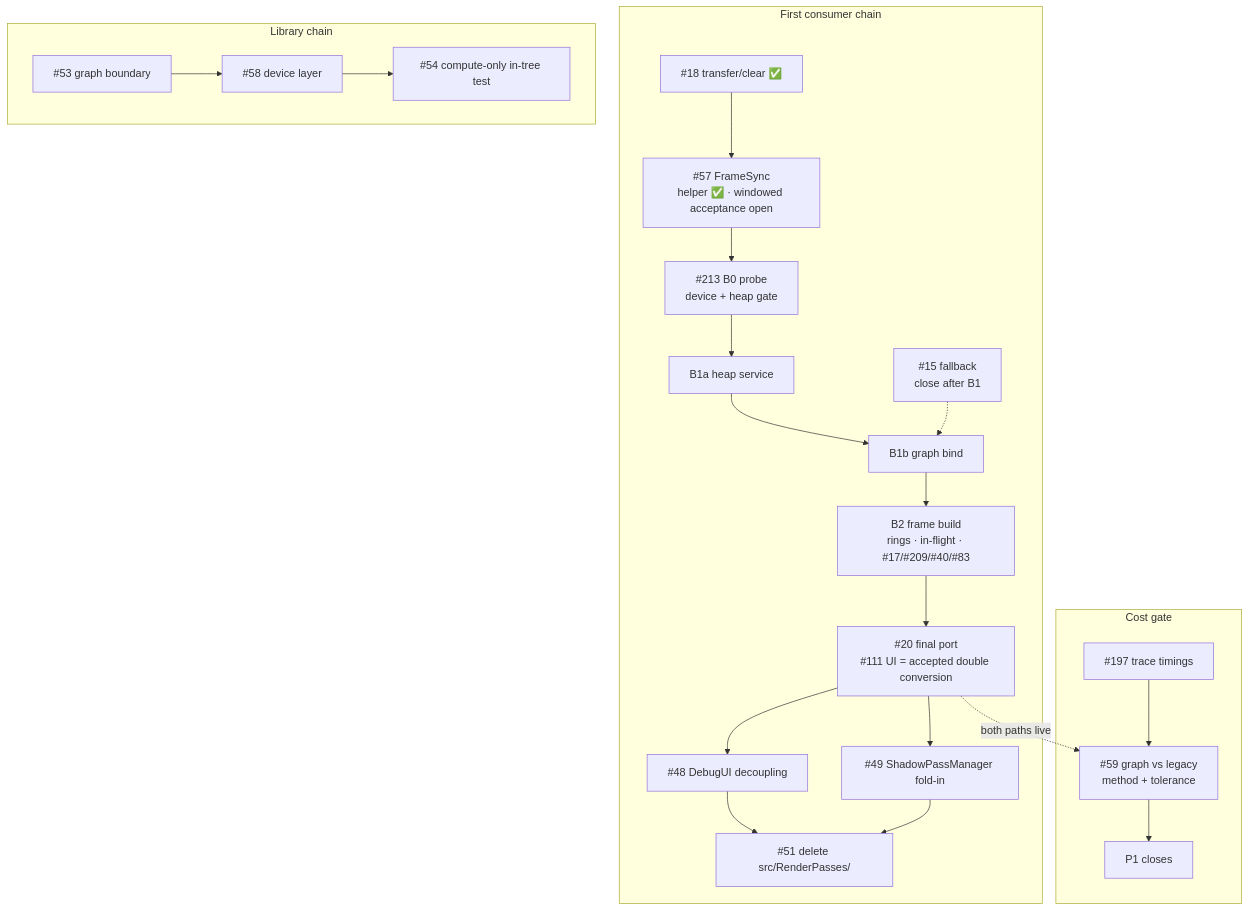
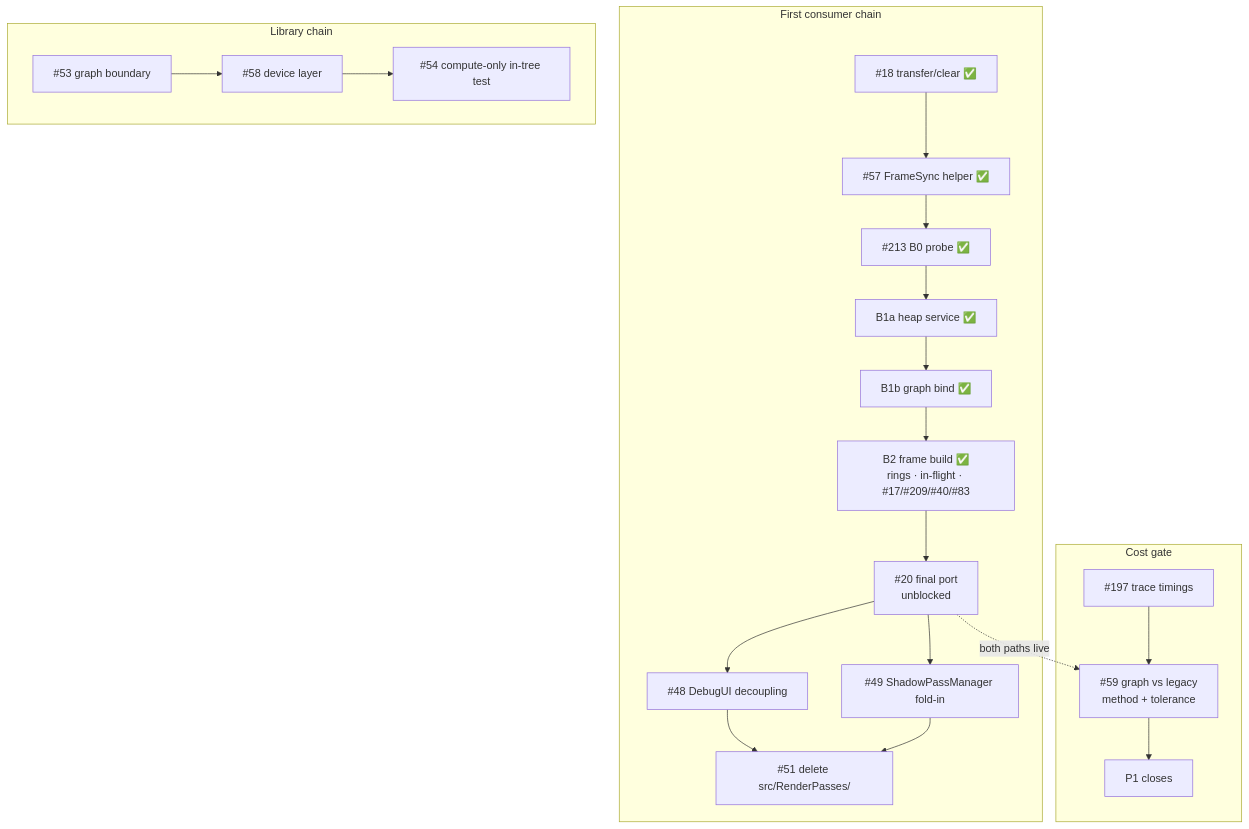
The second of 4 diagrams in docs/Roadmap-Visual.md (v3c70r/Muyo), drawn with Mermaid before and after one commit. The commit also changed other lines of this file and 3 other files, not shown here.

First line of the commit message:
docs: reconcile the roadmaps and board after B2 (#255)

````diff
--- a/docs/Roadmap-Visual.md
+++ b/docs/Roadmap-Visual.md
@@ -56,29 +61,28 @@
 ```mermaid
 flowchart TB
     subgraph consumer["First consumer chain"]
         C18["#18 transfer/clear ✅"]
-        C57["#57 FrameSync<br/>helper ✅ · windowed acceptance open"]
-        B213["#213 B0 probe<br/>device + heap gate"]
-        B1A["B1a heap service"]
-        B1B["B1b graph bind"]
-        B2["B2 frame build<br/>rings · in-flight · #17/#209/#40/#83"]
-        C20["#20 final port<br/>#111 UI = accepted double conversion"]
+        C57["#57 FrameSync helper ✅"]
+        B213["#213 B0 probe ✅"]
+        B1A["B1a heap service ✅"]
+        B1B["B1b graph bind ✅"]
+        B2["B2 frame build ✅<br/>rings · in-flight · #17/#209/#40/#83"]
+        C20["#20 final port<br/>unblocked"]
         C48["#48 DebugUI decoupling"]
         C49["#49 ShadowPassManager fold-in"]
         C51["#51 delete src/RenderPasses/"]
         C18 --> C57 --> B213 --> B1A --> B1B --> B2 --> C20
         C20 --> C48 --> C51
         C20 --> C49 --> C51
-        C15["#15 fallback<br/>close after B1"] -.-> B1B
     end
     subgraph library["Library chain"]
         L53["#53 graph boundary"]
         L58["#58 device layer"]
         L54["#54 compute-only in-tree test"]
         L53 --> L58 --> L54
     end
     subgraph cost["Cost gate"]
         K197["#197 trace timings"] --> K59["#59 graph vs legacy<br/>method + tolerance"] --> G1["P1 closes"]
     end
     C20 -. both paths live .-> K59
 ```
````
